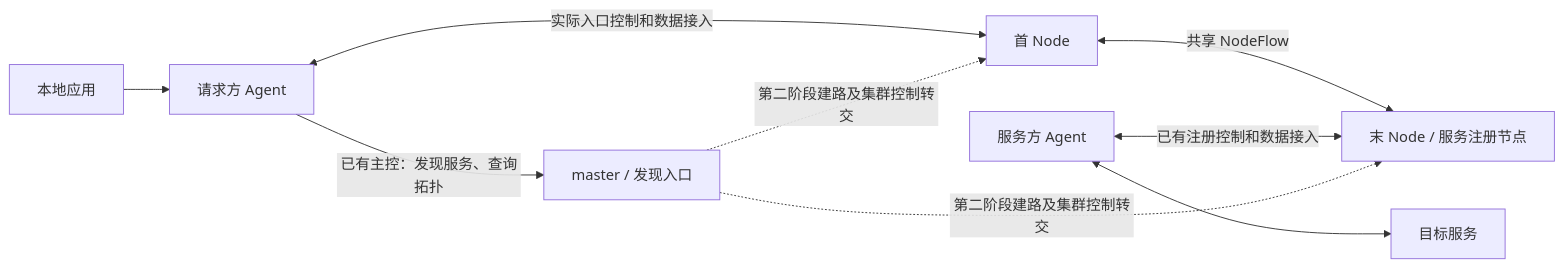
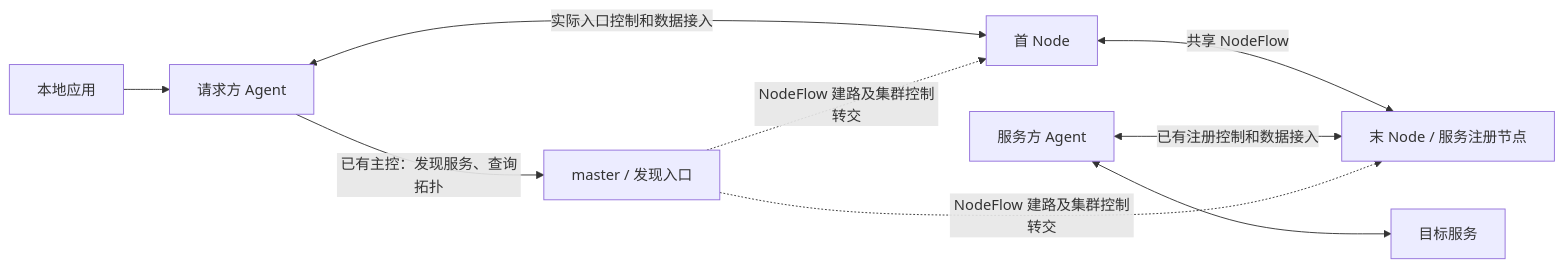
Before and after one commit to Xtinc/relayweave: the second of 12 diagrams in docs/RelayWeave设计.md, drawn with Mermaid. The commit also changed other lines of this file and 85 other files, not shown here.

````diff
--- a/docs/RelayWeave设计.md
+++ b/docs/RelayWeave设计.md
@@ -112,11 +133,11 @@
 ```mermaid
 flowchart LR
     APP[本地应用] --> A[请求方 Agent]
     A -->|已有主控：发现服务、查询拓扑| M[master / 发现入口]
     A <-->|实际入口控制和数据接入| H[首 Node]
     H <-->|共享 NodeFlow| T[末 Node / 服务注册节点]
     P[服务方 Agent] <-->|已有注册控制和数据接入| T
     P <--> S[目标服务]
-    M -.->|第二阶段建路及集群控制转交| H
-    M -.->|第二阶段建路及集群控制转交| T
+    M -.->|NodeFlow 建路及集群控制转交| H
+    M -.->|NodeFlow 建路及集群控制转交| T
 ```
````
